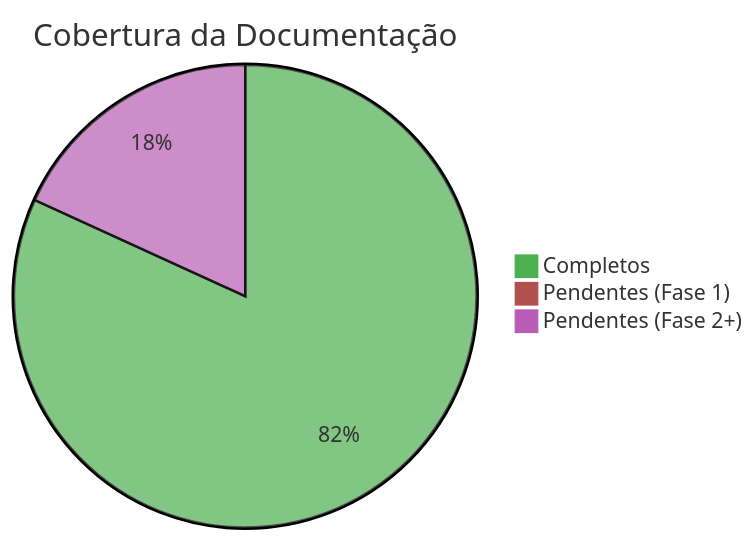
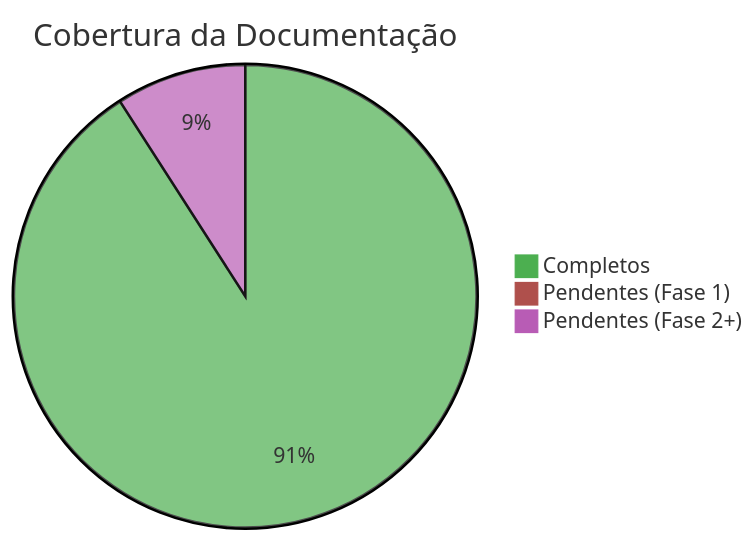
The first of 3 diagrams in docs/DASHBOARD.md (LAMP-LUCAS/fotonPDF), drawn with Mermaid before and after one commit. The commit also changed other lines of this file and 4 other files, not shown here.

First line of the commit message:
docs: atualizacao do dashboard, roadmap e finalizacao da Sprint 7

````diff
--- a/docs/DASHBOARD.md
+++ b/docs/DASHBOARD.md
@@ -7,7 +7,7 @@
 ```mermaid
 %%{init: {'theme':'base', 'themeVariables': { 'primaryColor':'#4CAF50'}}}%%
 pie title Cobertura da Documentação
-    "Completos" : 18
+    "Completos" : 20
     "Pendentes (Fase 1)" : 0
-    "Pendentes (Fase 2+)" : 4
+    "Pendentes (Fase 2+)" : 2
 ```
````
